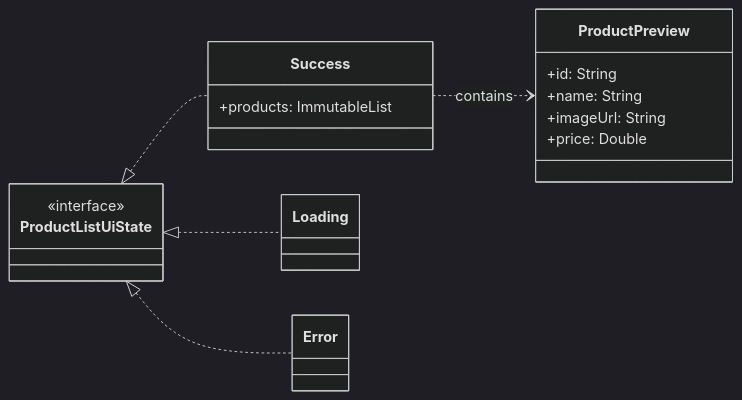
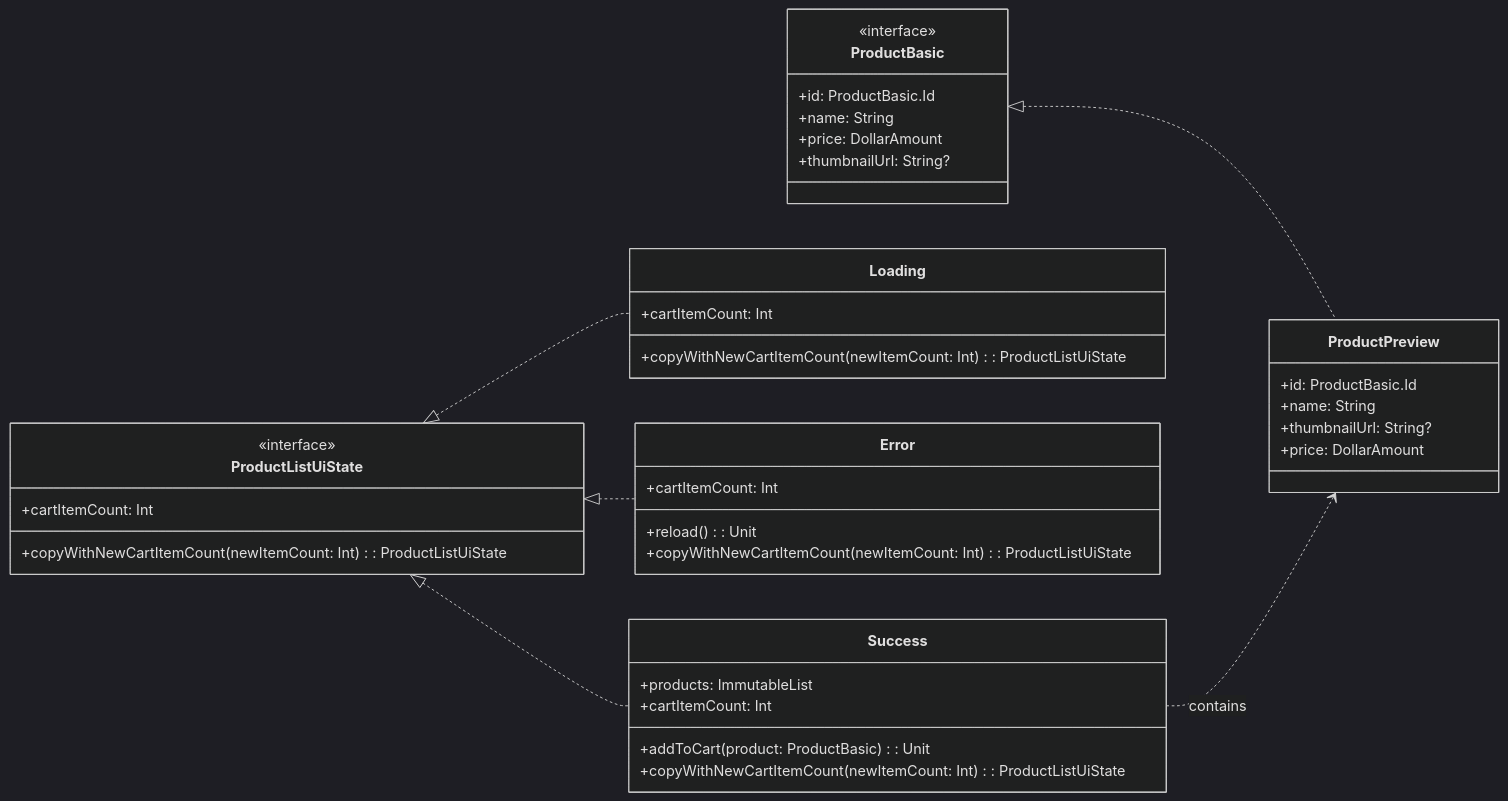
One commit to aoriani/ecomm-compose-multiplatform changed the second of 2 diagrams in client/composeApp/src/commonMain/kotlin/io/aoriani/ecomm/ui/screens/productlist/dfa.md. Above: the diagram before and after it, drawn with Mermaid (dark theme). The commit also changed other lines of this file and 1 other file, not shown here.

First line of the commit message:
docs: Update ProductList DFA with cart integration

````diff
--- a/client/composeApp/src/commonMain/kotlin/io/aoriani/ecomm/ui/screens/productlist/dfa.md
+++ b/client/composeApp/src/commonMain/kotlin/io/aoriani/ecomm/ui/screens/productlist/dfa.md
@@ -26,26 +27,48 @@
 ```mermaid
 classDiagram
     direction LR
+    class ProductBasic {
+        <<interface>>
+        +id: ProductBasic.Id
+        +name: String
+        +price: DollarAmount
+        +thumbnailUrl: String?
+    }
+
     class ProductPreview {
-        +id: String
+        +id: ProductBasic.Id
         +name: String
-        +imageUrl: String
-        +price: Double
+        +thumbnailUrl: String?
+        +price: DollarAmount
     }
 
     class ProductListUiState {
         <<interface>>
+        +cartItemCount: Int
+        +copyWithNewCartItemCount(newItemCount: Int): ProductListUiState
     }
 
-    object Loading
-    object Error
+    class Loading {
+        +cartItemCount: Int
+        +copyWithNewCartItemCount(newItemCount: Int): ProductListUiState
+    }
+    
+    class Error {
+        +cartItemCount: Int
+        +reload(): Unit
+        +copyWithNewCartItemCount(newItemCount: Int): ProductListUiState
+    }
 
     class Success {
         +products: ImmutableList<ProductPreview>
+        +cartItemCount: Int
+        +addToCart(product: ProductBasic): Unit
+        +copyWithNewCartItemCount(newItemCount: Int): ProductListUiState
     }
 
+    ProductBasic <|.. ProductPreview
     ProductListUiState <|.. Loading
     ProductListUiState <|.. Error
     ProductListUiState <|.. Success
     Success ..> ProductPreview : contains
 ```
````
